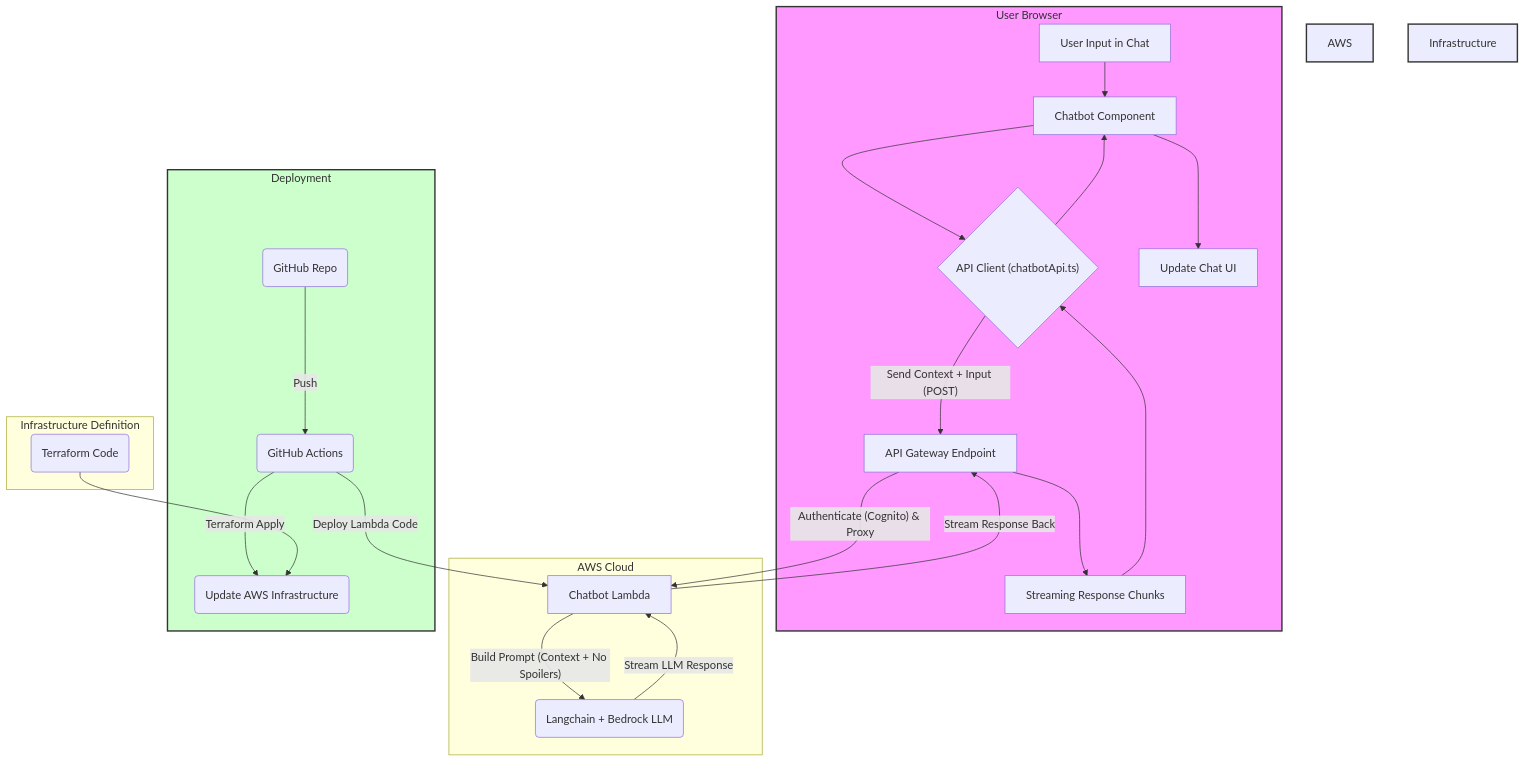
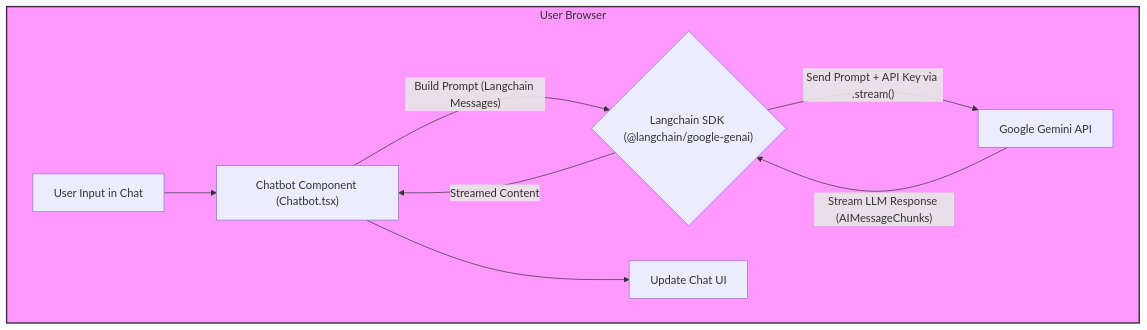
One commit to kookmin-sw/capstone-2025-04 changed the diagram in docs/chatbot-plan-summary.md. Above: the diagram before and after it, drawn with Mermaid. The commit also changed other lines of this file and 28 other files, not shown here.

````diff
--- a/docs/chatbot-plan-summary.md
+++ b/docs/chatbot-plan-summary.md
@@ -31,34 +31,13 @@
 ```mermaid
 graph TD
     subgraph Frontend [User Browser]
-        A["User Input in Chat"] --> B["Chatbot Component"]
-        B --> C{"API Client (chatbotApi.ts)"}
-        C -- "Send Context + Input (POST)" --> D["API Gateway Endpoint"]
-        H["Streaming Response Chunks"] --> C
-        C --> B
-        B --> I["Update Chat UI"]
-    end
-
-    subgraph AWS Cloud
-        D -- "Authenticate (Cognito) & Proxy" --> E["Chatbot Lambda"]
-        E -- "Build Prompt (Context + No Spoilers)" --> F("Langchain + Bedrock LLM")
-        F -- "Stream LLM Response" --> E
-        E -- "Stream Response Back" --> D
-        D --> H
-    end
-
-    subgraph Deployment
-        J("GitHub Repo") -- "Push" --> K("GitHub Actions")
-        K -- "Terraform Apply" --> L("Update AWS Infrastructure")
-        K -- "Deploy Lambda Code" --> E
-    end
-
-    subgraph Infrastructure Definition
-        M("Terraform Code") --> L
+        A["User Input in Chat"] --> B["Chatbot Component (Chatbot.tsx)"]
+        B -- "Build Prompt (Langchain Messages)" --> C{"Langchain SDK (@langchain/google-genai)"}
+        C -- "Send Prompt + API Key via .stream()" --> D[Google Gemini API]
+        D -- "Stream LLM Response (AIMessageChunks)" --> C
+        C -- "Streamed Content" --> B
+        B --> E["Update Chat UI"]
     end
 
     style Frontend fill:#f9f,stroke:#333,stroke-width:2px
-    style AWS Cloud fill:#ccf,stroke:#333,stroke-width:2px
-    style Deployment fill:#cfc,stroke:#333,stroke-width:2px
-    style Infrastructure Definition fill:#ffc,stroke:#333,stroke-width:2px
 ```
````
